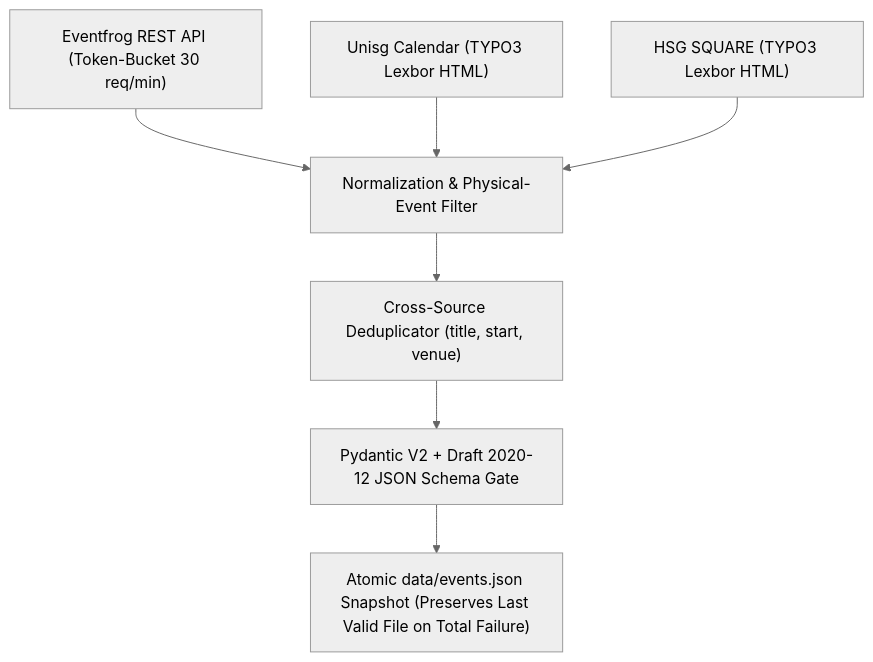
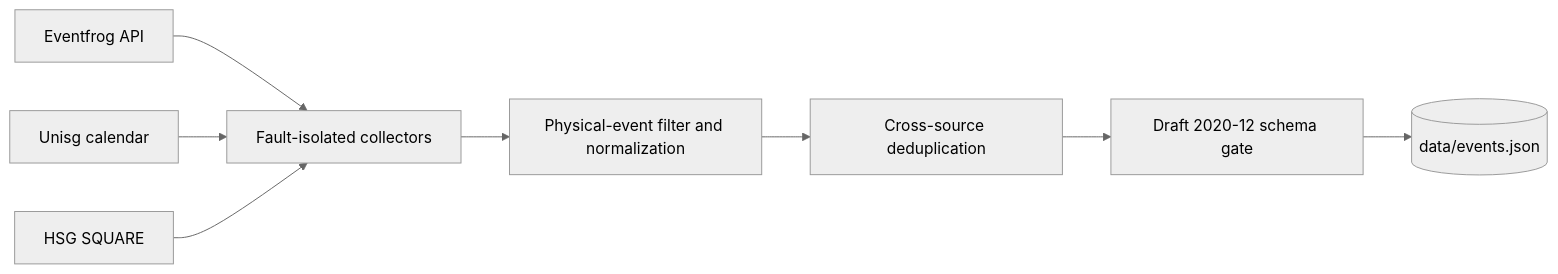
Before and after one commit to flasheddy/event-aggregation-pipeline: the diagram in README.md, drawn with Mermaid (neutral theme). The commit also changed other lines of this file and 18 other files, not shown here.

````diff
--- a/README.md
+++ b/README.md
@@ -11,9 +9,10 @@
 ```mermaid
-flowchart TD
-    S1["Eventfrog REST API (Token-Bucket 30 req/min)"] --> N["Normalization & Physical-Event Filter"]
-    S2["Unisg Calendar (TYPO3 Lexbor HTML)"] --> N
-    S3["HSG SQUARE (TYPO3 Lexbor HTML)"] --> N
-    N --> D["Cross-Source Deduplicator (title, start, venue)"]
-    D --> V["Pydantic V2 + Draft 2020-12 JSON Schema Gate"]
-    V --> O["Atomic data/events.json Snapshot (Preserves Last Valid File on Total Failure)"]
+flowchart LR
+    EF[Eventfrog API] --> C[Fault-isolated collectors]
+    UC[Unisg calendar] --> C
+    SQ[HSG SQUARE] --> C
+    C --> N[Physical-event filter and normalization]
+    N --> D[Cross-source deduplication]
+    D --> S[Draft 2020-12 schema gate]
+    S --> O[(data/events.json)]
 ```
````
